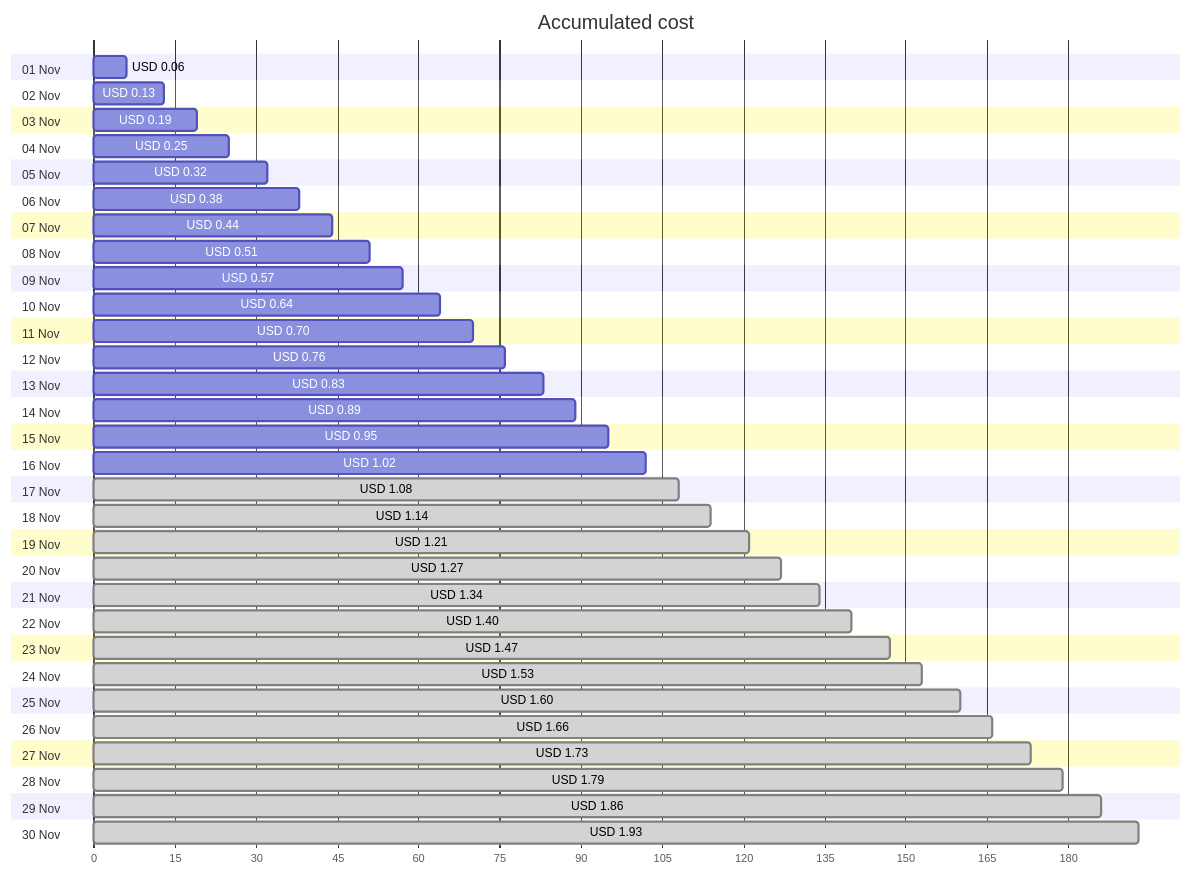
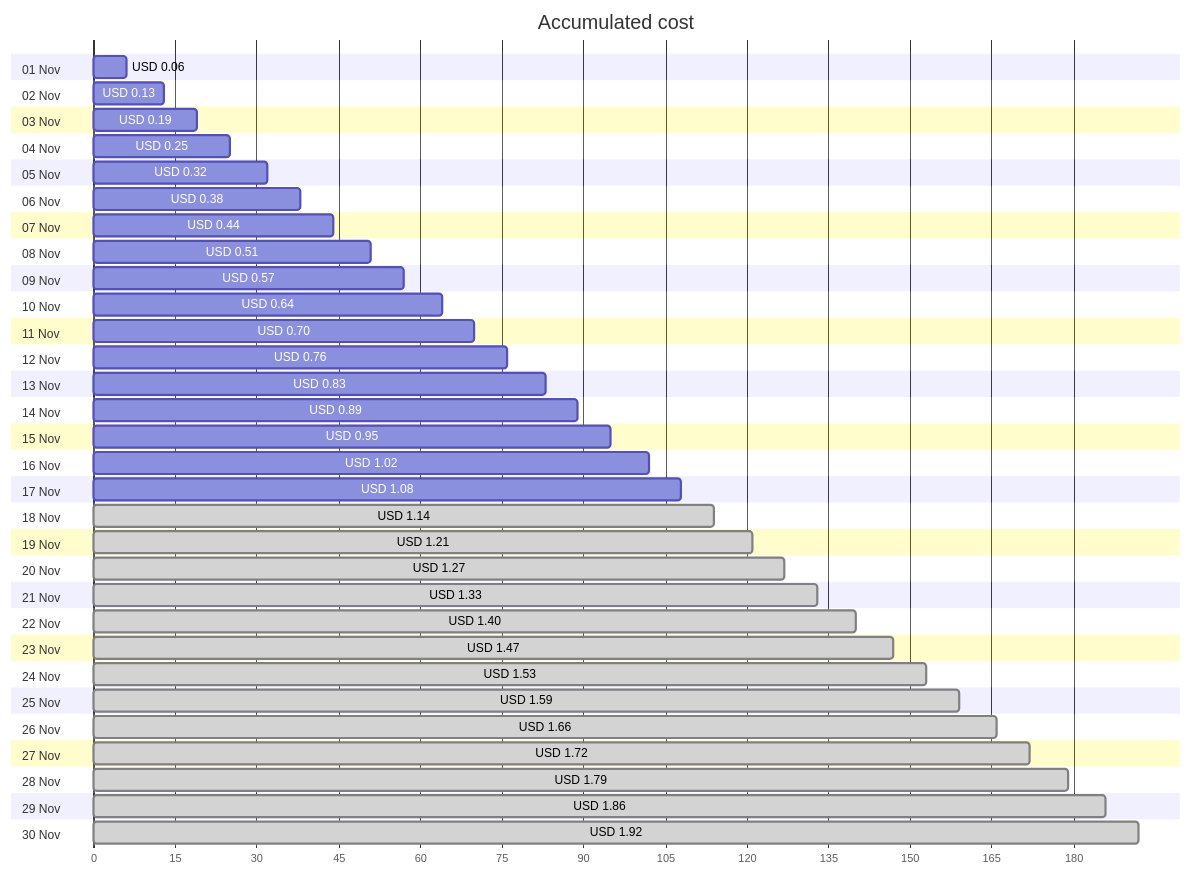
The first of 4 diagrams in cost-reports/personal-network/vpn-server_OsDisk.md (jpfulton/azure-personal-reports), drawn with Mermaid before and after one commit. The commit also changed other lines of this file and 8 other files, not shown here.

````diff
--- a/cost-reports/personal-network/vpn-server_OsDisk.md
+++ b/cost-reports/personal-network/vpn-server_OsDisk.md
@@ -20,66 +20,66 @@
 ```mermaid
 gantt
    title Accumulated cost
    dateFormat  X
    axisFormat %s
    section 01 Nov
    USD 0.06 :0, 6
    section 02 Nov
    USD 0.13 :0, 13
    section 03 Nov
    USD 0.19 :0, 19
    section 04 Nov
    USD 0.25 :0, 25
    section 05 Nov
    USD 0.32 :0, 32
    section 06 Nov
    USD 0.38 :0, 38
    section 07 Nov
    USD 0.44 :0, 44
    section 08 Nov
    USD 0.51 :0, 51
    section 09 Nov
    USD 0.57 :0, 57
    section 10 Nov
    USD 0.64 :0, 64
    section 11 Nov
    USD 0.70 :0, 70
    section 12 Nov
    USD 0.76 :0, 76
    section 13 Nov
    USD 0.83 :0, 83
    section 14 Nov
    USD 0.89 :0, 89
    section 15 Nov
    USD 0.95 :0, 95
    section 16 Nov
    USD 1.02 :0, 102
    section 17 Nov
-   USD 1.08 : done, 0, 108
+   USD 1.08 :0, 108
    section 18 Nov
    USD 1.14 : done, 0, 114
    section 19 Nov
    USD 1.21 : done, 0, 121
    section 20 Nov
    USD 1.27 : done, 0, 127
    section 21 Nov
-   USD 1.34 : done, 0, 134
+   USD 1.33 : done, 0, 133
    section 22 Nov
    USD 1.40 : done, 0, 140
    section 23 Nov
    USD 1.47 : done, 0, 147
    section 24 Nov
    USD 1.53 : done, 0, 153
    section 25 Nov
-   USD 1.60 : done, 0, 160
+   USD 1.59 : done, 0, 159
    section 26 Nov
    USD 1.66 : done, 0, 166
    section 27 Nov
-   USD 1.73 : done, 0, 173
+   USD 1.72 : done, 0, 172
    section 28 Nov
    USD 1.79 : done, 0, 179
    section 29 Nov
    USD 1.86 : done, 0, 186
    section 30 Nov
-   USD 1.93 : done, 0, 193
+   USD 1.92 : done, 0, 192
 ```
````
